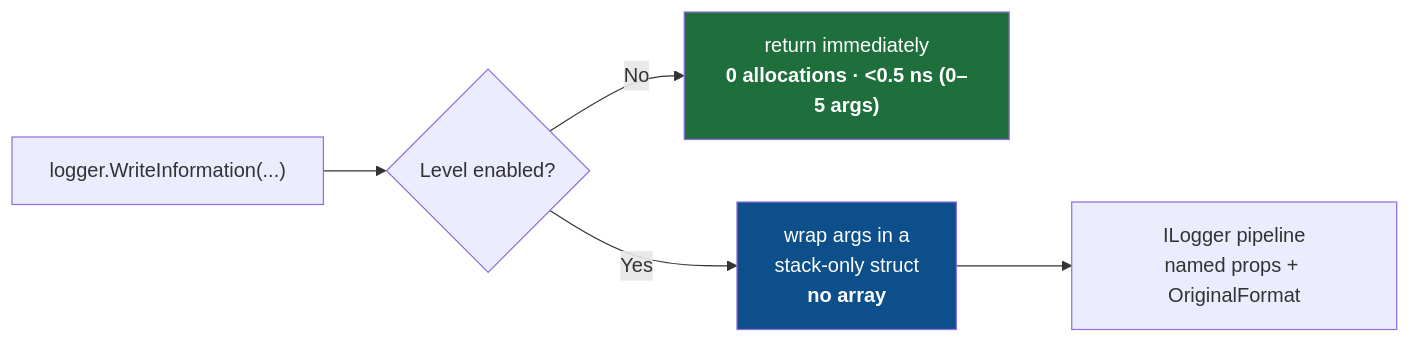
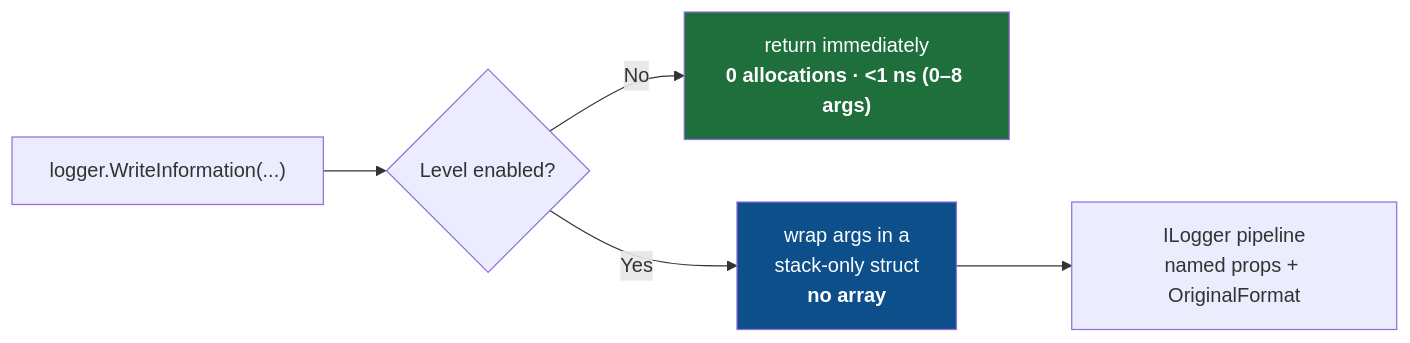
One commit to gcfernando/nilog changed the diagram in README.md. Above: the diagram before and after it, drawn with Mermaid. The commit also changed other lines of this file and 23 other files, not shown here.

````diff
--- a/README.md
+++ b/README.md
@@ -1126,9 +1167,9 @@
 ```mermaid
 flowchart LR
     A["logger.WriteInformation(...)"] --> B{"Level enabled?"}
-    B -- No --> C["return immediately<br/><b>0 allocations · &lt;0.5 ns (0–5 args)</b>"]
+    B -- No --> C["return immediately<br/><b>0 allocations · &lt;1 ns (0–8 args)</b>"]
     B -- Yes --> D["wrap args in a<br/>stack-only struct<br/><b>no array</b>"]
     D --> E["ILogger pipeline<br/>named props + OriginalFormat"]
     style C fill:#1f6f3d,color:#fff
     style D fill:#0d4f8b,color:#fff
 ```
````
